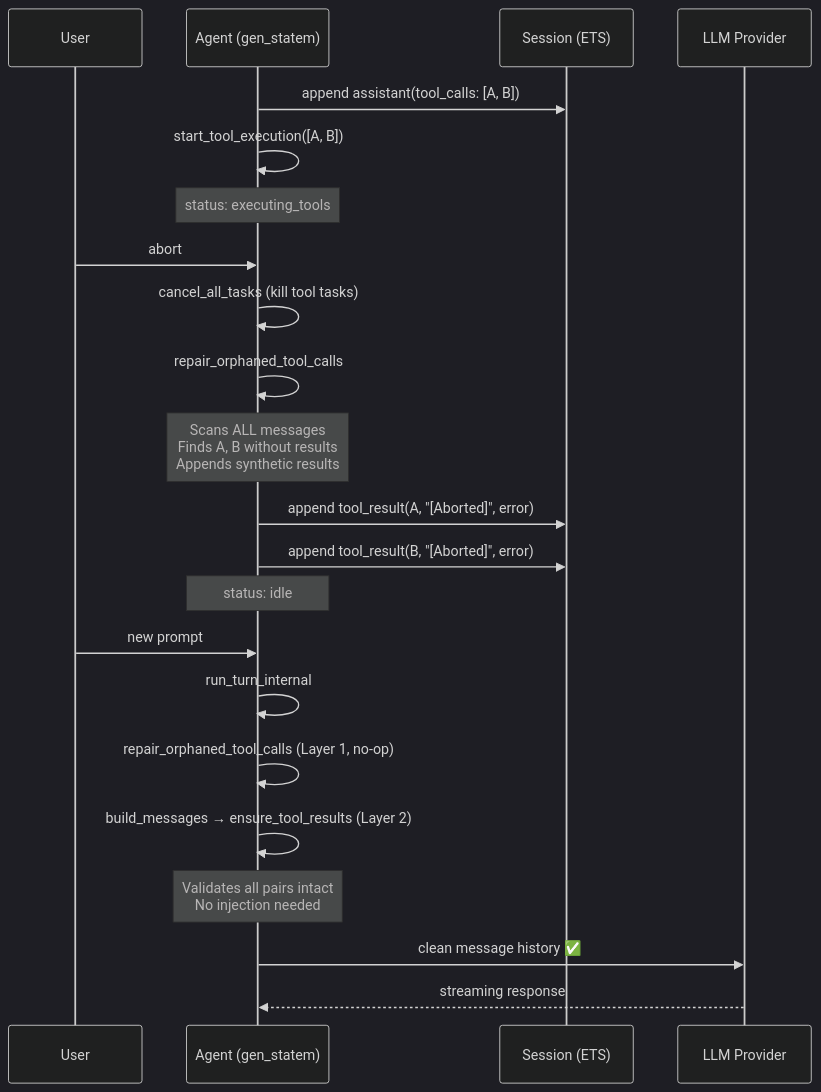
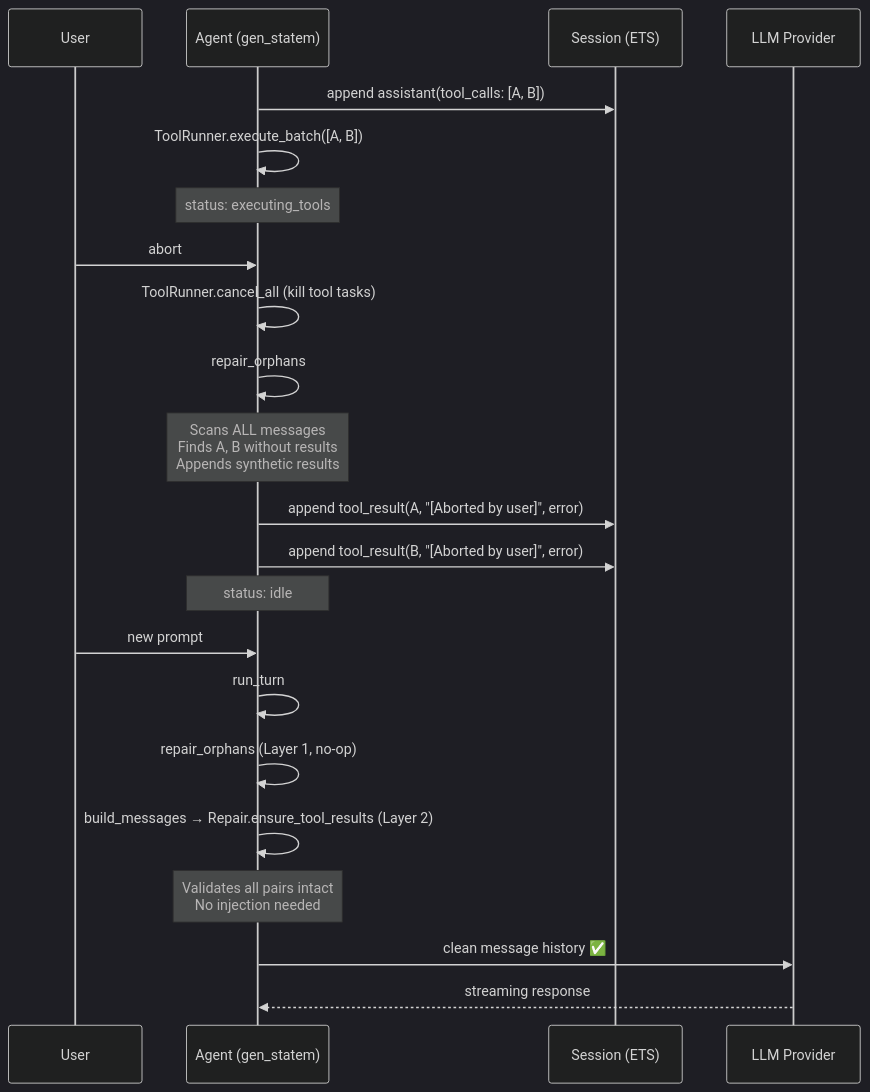
The second of 2 diagrams in docs/conversation-integrity.md (matteing/opal), drawn with Mermaid (dark theme) before and after one commit. The commit also changed other lines of this file and 37 other files, not shown here.

````diff
--- a/docs/conversation-integrity.md
+++ b/docs/conversation-integrity.md
@@ -110,27 +112,27 @@
 ```mermaid
 sequenceDiagram
     participant User
     participant Agent as Agent (gen_statem)
     participant Session as Session (ETS)
     participant Provider as LLM Provider
 
     Agent->>Session: append assistant(tool_calls: [A, B])
-    Agent->>Agent: start_tool_execution([A, B])
+    Agent->>Agent: ToolRunner.execute_batch([A, B])
     Note over Agent: status: executing_tools
 
     User->>Agent: abort
-    Agent->>Agent: cancel_all_tasks (kill tool tasks)
-    Agent->>Agent: repair_orphaned_tool_calls
+    Agent->>Agent: ToolRunner.cancel_all (kill tool tasks)
+    Agent->>Agent: repair_orphans
     Note over Agent: Scans ALL messages<br/>Finds A, B without results<br/>Appends synthetic results
-    Agent->>Session: append tool_result(A, "[Aborted]", error)
-    Agent->>Session: append tool_result(B, "[Aborted]", error)
+    Agent->>Session: append tool_result(A, "[Aborted by user]", error)
+    Agent->>Session: append tool_result(B, "[Aborted by user]", error)
     Note over Agent: status: idle
 
     User->>Agent: new prompt
-    Agent->>Agent: run_turn_internal
-    Agent->>Agent: repair_orphaned_tool_calls (Layer 1, no-op)
-    Agent->>Agent: build_messages → ensure_tool_results (Layer 2)
+    Agent->>Agent: run_turn
+    Agent->>Agent: repair_orphans (Layer 1, no-op)
+    Agent->>Agent: build_messages → Repair.ensure_tool_results (Layer 2)
     Note over Agent: Validates all pairs intact<br/>No injection needed
     Agent->>Provider: clean message history ✅
     Provider-->>Agent: streaming response
 ```
````
